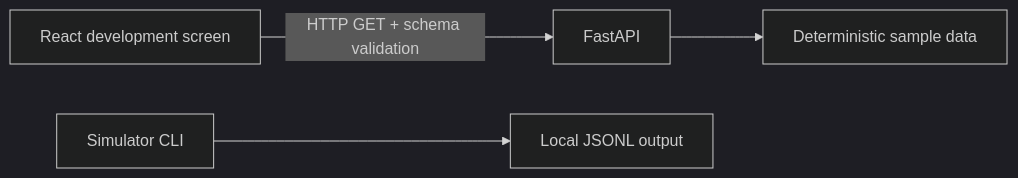
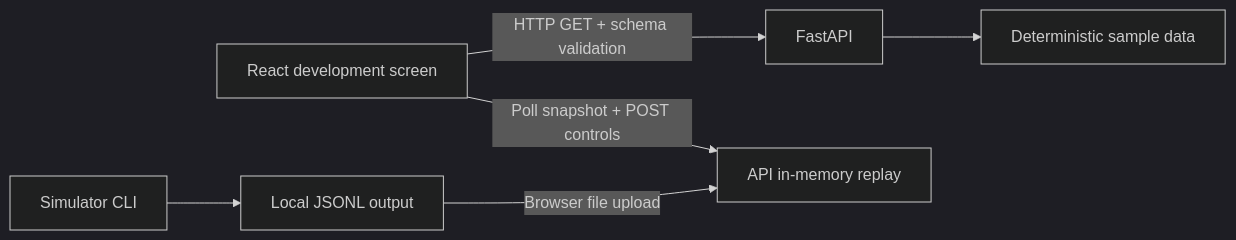
The first of 2 diagrams in docs/ARCHITECTURE.md (akashsv01/omnipitch), drawn with Mermaid (dark theme) before and after one commit. The commit also changed other lines of this file and 17 other files, not shown here.

Commit message:
feat: complete local JSONL replay with playback controls and run resets

````diff
--- a/docs/ARCHITECTURE.md
+++ b/docs/ARCHITECTURE.md
@@ -5,6 +5,8 @@
 ```mermaid
 flowchart LR
   React[React development screen] -->|HTTP GET + schema validation| API[FastAPI]
   API --> Fixtures[Deterministic sample data]
   Simulator[Simulator CLI] --> JSONL[Local JSONL output]
+  JSONL -->|Browser file upload| Replay[API in-memory replay]
+  React -->|Poll snapshot + POST controls| Replay
 ```
````
